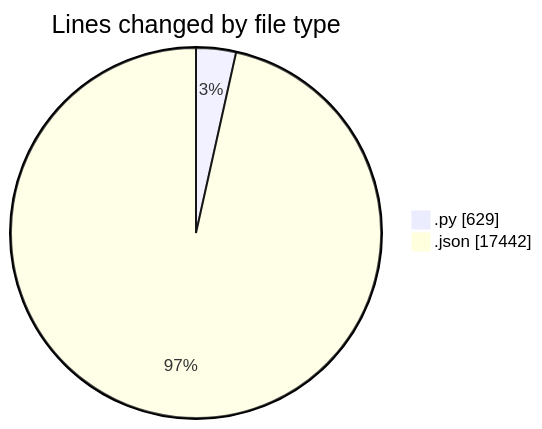
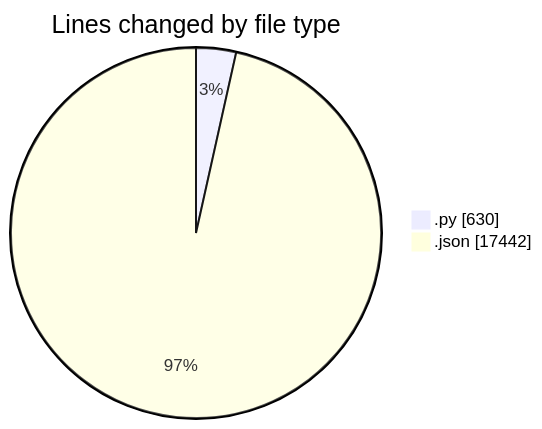
The first of 2 diagrams in 2025-10-25/untitled__workspace_/README.md (MatusMokan/code-tracking), drawn with Mermaid before and after one commit. The commit also changed other lines of this file and 1 other file, not shown here.

````diff
--- a/2025-10-25/untitled__workspace_/README.md
+++ b/2025-10-25/untitled__workspace_/README.md
@@ -21,6 +21,6 @@
 ```mermaid
 pie showData
 title Lines changed by file type
-".py" : 629
+".py" : 630
 ".json" : 17442
 ```
````
